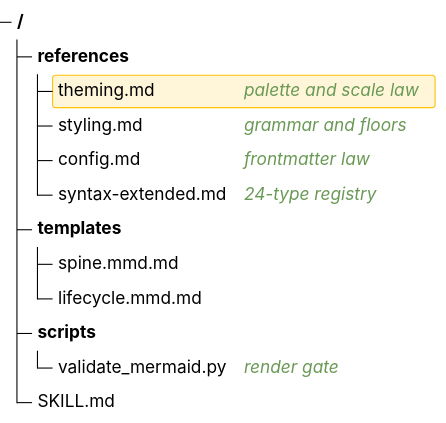
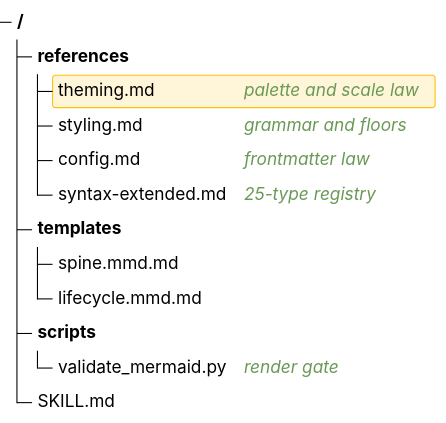
Diagram 18 of 25 in .claude/skills/mermaid-diagramming/references/syntax-extended.md (bsamiee/Rasm), drawn with Mermaid before and after one commit. The commit also changed other lines of this file and 26 other files, not shown here.

First line of the commit message:
skill: mermaid-diagramming full-estate rebuild — 26-attacker adversarial audit, 11.16 alignment, hardened gates

````diff
--- a/.claude/skills/mermaid-diagramming/references/syntax-extended.md
+++ b/.claude/skills/mermaid-diagramming/references/syntax-extended.md
@@ -941,38 +940,38 @@
 ```mermaid
 ---
 config:
   theme: base
   look: classic
   treeView:
     rowIndent: 14
     paddingY: 6
     labelFontSize: "13px"
     labelColor: "#F8F8F2"
     lineColor: "#6272A4"
     descriptionColor: "#8BE9FD"
     highlightBg: "#BD93F933"
     highlightStroke: "#BD93F9"
     iconColor: "#6272A4"
   themeVariables:
     darkMode: true
     fontFamily: "SF Mono, Menlo, Cascadia Mono, Segoe UI Mono, Consolas, monospace"
     useGradient: false
     dropShadow: "none"
     textColor: "#F8F8F2"
   themeCSS: ".treeView-node-description{fill:#8BE9FD}.treeView-highlight-bg{fill:#FFD86626;stroke:#FFD866}.treeView-node-line{stroke:#6272A4}"
 ---
 treeView-beta
 accTitle: Skill tree
 accDescr: The diagram skill folder with its law owners annotated and the theming law highlighted.
 ├── references/
 │   ├── theming.md :::highlight ## palette and scale law
 │   ├── styling.md ## grammar and floors
 │   ├── config.md ## frontmatter law
-│   └── syntax-extended.md ## 24-type registry
+│   └── syntax-extended.md ## 25-type registry
 ├── templates/
 │   ├── spine.mmd.md
 │   └── lifecycle.mmd.md
 ├── scripts/
 │   └── validate_mermaid.py ## render gate
 └── SKILL.md
 ```
````
